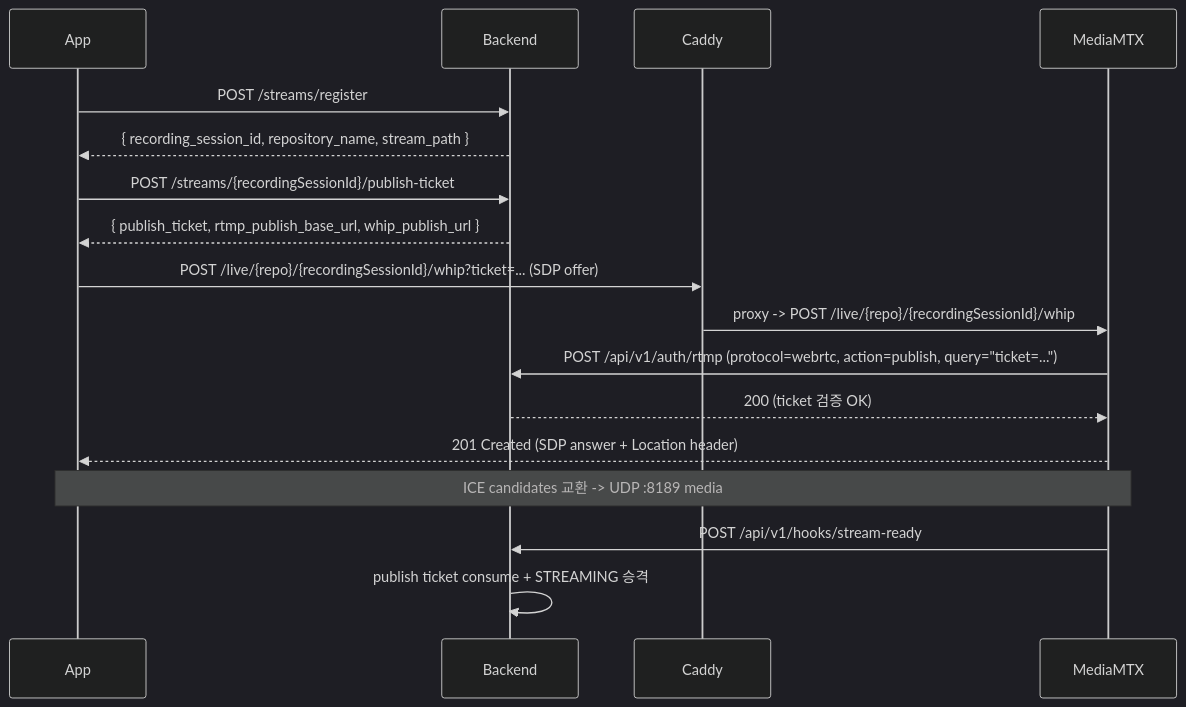
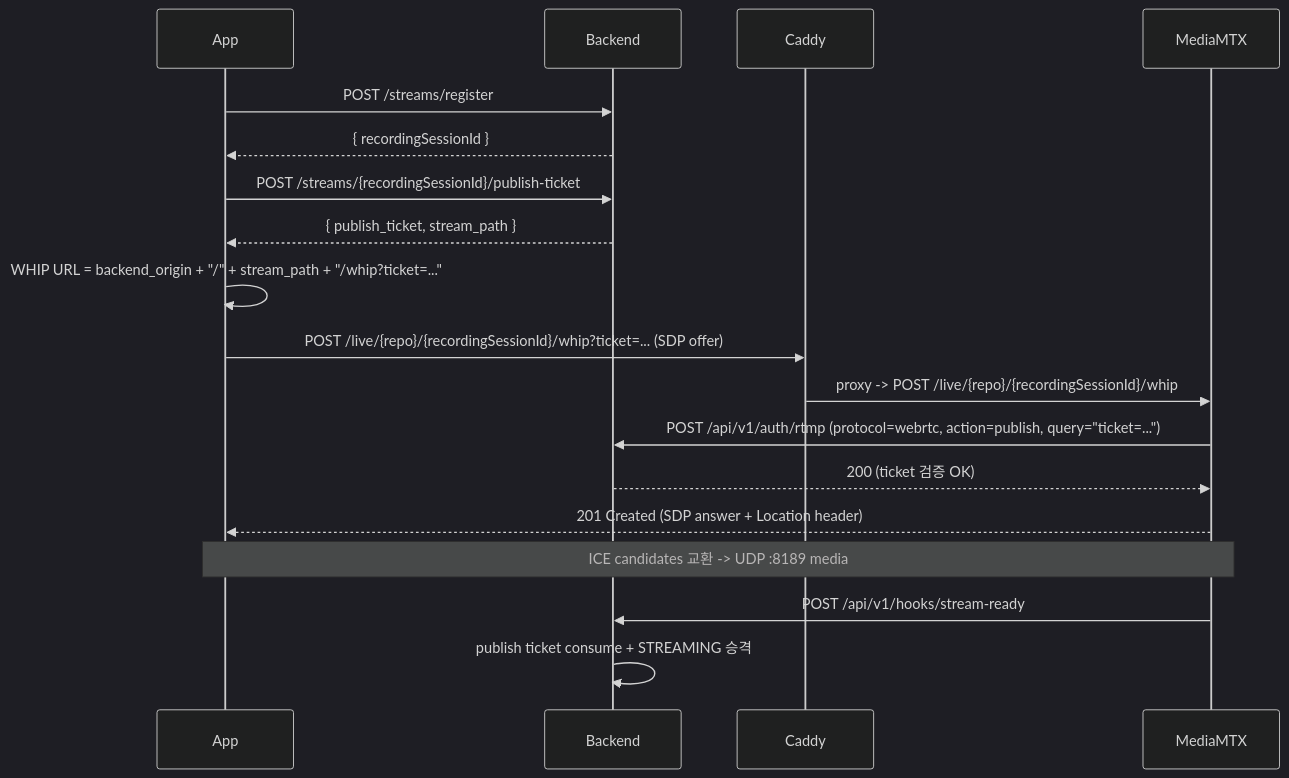
Before and after one commit to ego-flow/ego-flow-server: the second of 3 diagrams in docs/13. http_streaming.md, drawn with Mermaid (dark theme). The commit also changed other lines of this file and 25 other files, not shown here.

Commit message:
[Backend] Publish ticket 환경 변수 단순화

````diff
--- a/docs/13. http_streaming.md
+++ b/docs/13. http_streaming.md
@@ -55,20 +55,21 @@
 ```mermaid
 sequenceDiagram
     participant App
     participant BE as Backend
     participant Caddy
     participant MTX as MediaMTX
 
     App->>BE: POST /streams/register
-    BE-->>App: { recording_session_id, repository_name, stream_path }
+    BE-->>App: { recordingSessionId }
     App->>BE: POST /streams/{recordingSessionId}/publish-ticket
-    BE-->>App: { publish_ticket, rtmp_publish_base_url, whip_publish_url }
+    BE-->>App: { publish_ticket, stream_path }
+    App->>App: WHIP URL = backend_origin + "/" + stream_path + "/whip?ticket=..."
     App->>Caddy: POST /live/{repo}/{recordingSessionId}/whip?ticket=... (SDP offer)
     Caddy->>MTX: proxy -> POST /live/{repo}/{recordingSessionId}/whip
     MTX->>BE: POST /api/v1/auth/rtmp (protocol=webrtc, action=publish, query="ticket=...")
     BE-->>MTX: 200 (ticket 검증 OK)
     MTX-->>App: 201 Created (SDP answer + Location header)
     Note over App,MTX: ICE candidates 교환 -> UDP :8189 media
     MTX->>BE: POST /api/v1/hooks/stream-ready
     BE->>BE: publish ticket consume + STREAMING 승격
 ```
````
